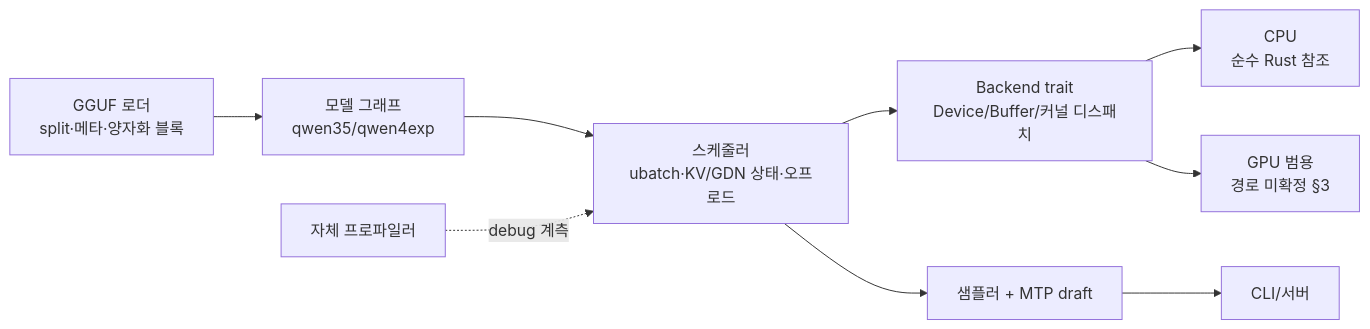
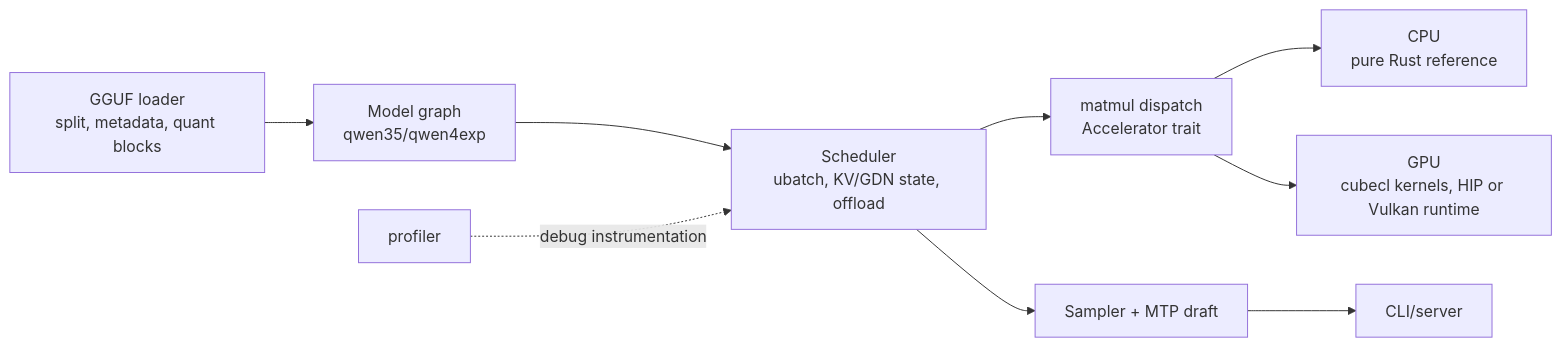
Before and after one commit to ByungHyun21/LLM170: the diagram in docs/architecture.md, drawn with Mermaid. The commit also changed other lines of this file and 23 other files, not shown here.

````diff
--- a/docs/architecture.md
+++ b/docs/architecture.md
@@ -7,11 +9,11 @@
 ```mermaid
 flowchart LR
-    A[GGUF 로더\nsplit·메타·양자화 블록] --> B[모델 그래프\nqwen35/qwen4exp]
-    B --> C[스케줄러\nubatch·KV/GDN 상태·오프로드]
-    C --> D[Backend trait\nDevice/Buffer/커널 디스패치]
-    D --> E1[CPU\n순수 Rust 참조]
-    D --> E2[GPU 범용\n경로 미확정 §3]
-    C --> F[샘플러 + MTP draft]
-    F --> G[CLI/서버]
-    P[자체 프로파일러] -.debug 계측.-> C
+    A[GGUF loader\nsplit, metadata, quant blocks] --> B[Model graph\nqwen35/qwen4exp]
+    B --> C[Scheduler\nubatch, KV/GDN state, offload]
+    C --> D[matmul dispatch\nAccelerator trait]
+    D --> E1[CPU\npure Rust reference]
+    D --> E2[GPU\ncubecl kernels, HIP or Vulkan runtime]
+    C --> F[Sampler + MTP draft]
+    F --> G[CLI/server]
+    P[profiler] -.->|debug instrumentation| C
 ```
````
